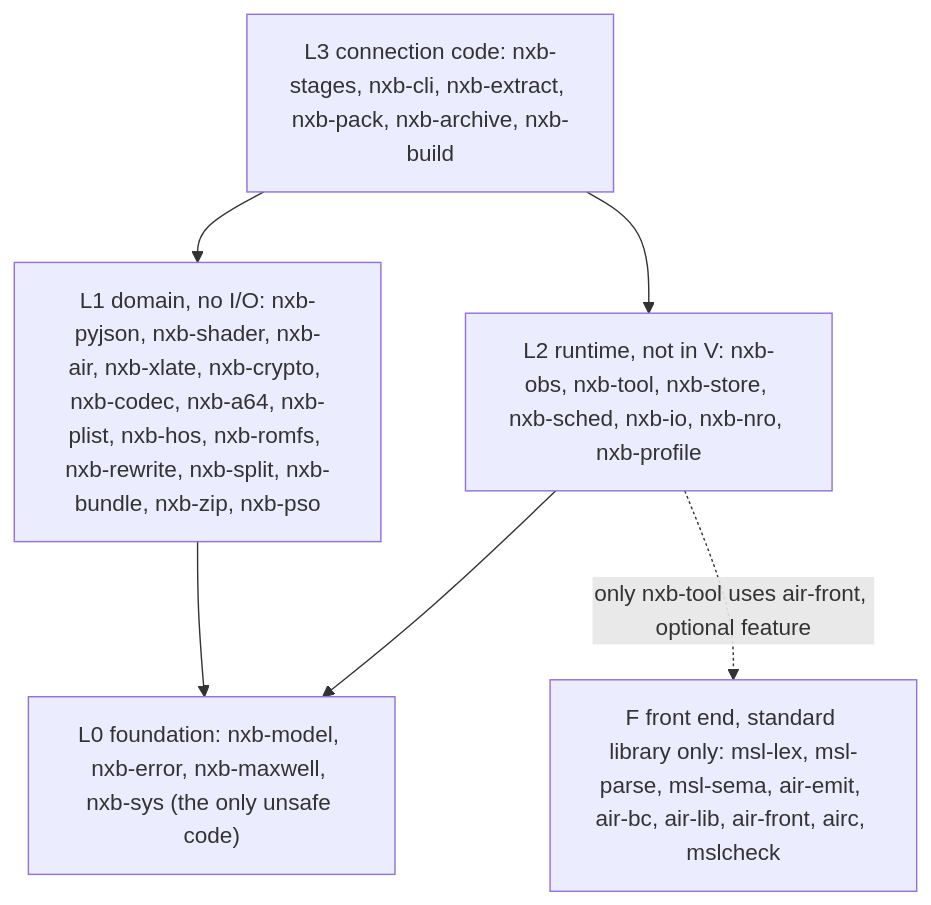
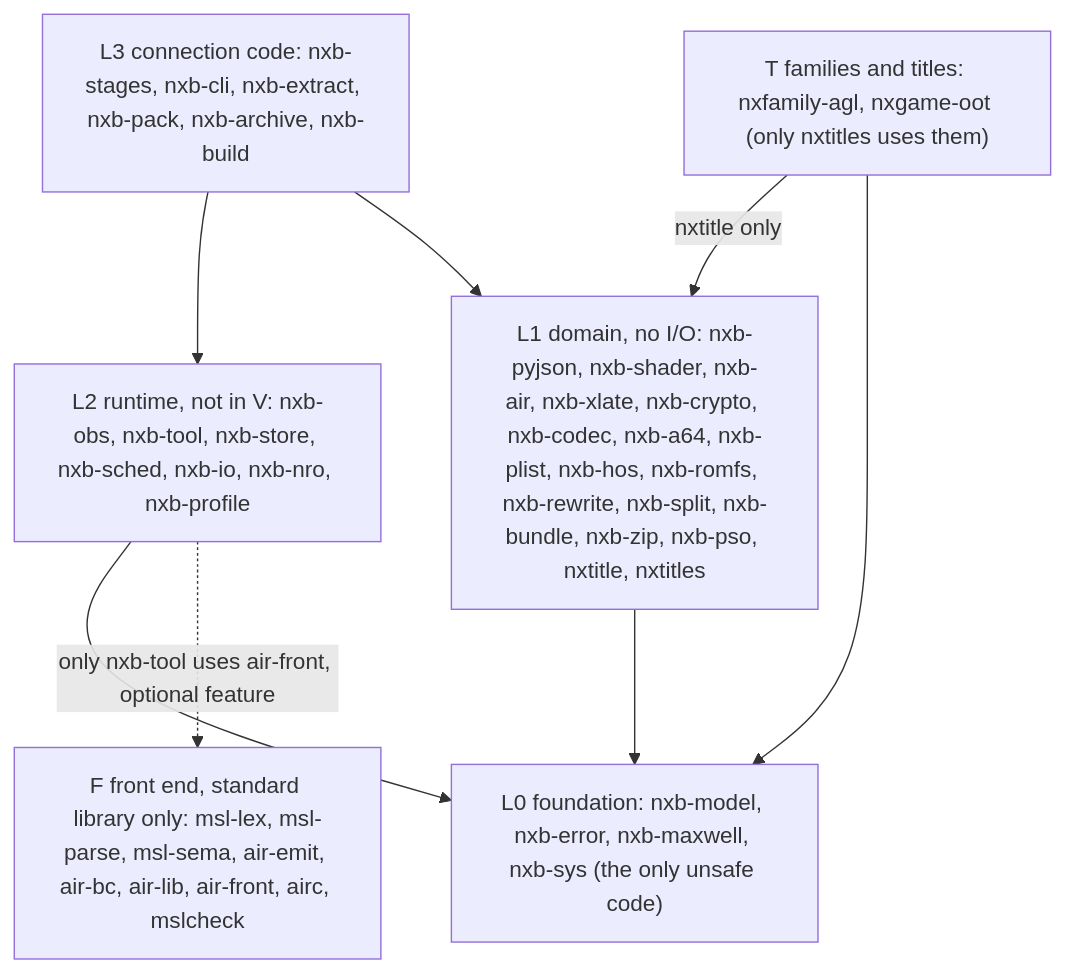
Before and after one commit to ComicBit/nxkit: the first of 2 diagrams in docs/architecture.md, drawn with Mermaid. The commit also changed other lines of this file and 21 other files, not shown here.

First line of the commit message:
Add the title layer: nxtitle API, nxtitles registry, agl family and Ocarina of Time module

````diff
--- a/docs/architecture.md
+++ b/docs/architecture.md
@@ -19,11 +19,14 @@
 ```mermaid
 flowchart TD
   L3["L3 connection code: nxb-stages, nxb-cli, nxb-extract, nxb-pack, nxb-archive, nxb-build"]
   L2["L2 runtime, not in V: nxb-obs, nxb-tool, nxb-store, nxb-sched, nxb-io, nxb-nro, nxb-profile"]
-  L1["L1 domain, no I/O: nxb-pyjson, nxb-shader, nxb-air, nxb-xlate, nxb-crypto, nxb-codec, nxb-a64, nxb-plist, nxb-hos, nxb-romfs, nxb-rewrite, nxb-split, nxb-bundle, nxb-zip, nxb-pso"]
+  L1["L1 domain, no I/O: nxb-pyjson, nxb-shader, nxb-air, nxb-xlate, nxb-crypto, nxb-codec, nxb-a64, nxb-plist, nxb-hos, nxb-romfs, nxb-rewrite, nxb-split, nxb-bundle, nxb-zip, nxb-pso, nxtitle, nxtitles"]
   L0["L0 foundation: nxb-model, nxb-error, nxb-maxwell, nxb-sys (the only unsafe code)"]
+  LT["T families and titles: nxfamily-agl, nxgame-oot (only nxtitles uses them)"]
   LF["F front end, standard library only: msl-lex, msl-parse, msl-sema, air-emit, air-bc, air-lib, air-front, airc, mslcheck"]
   L3 --> L2 --> L0
   L3 --> L1 --> L0
+  LT -->|nxtitle only| L1
+  LT --> L0
   L2 -.->|only nxb-tool uses air-front, optional feature| LF
 ```
````
